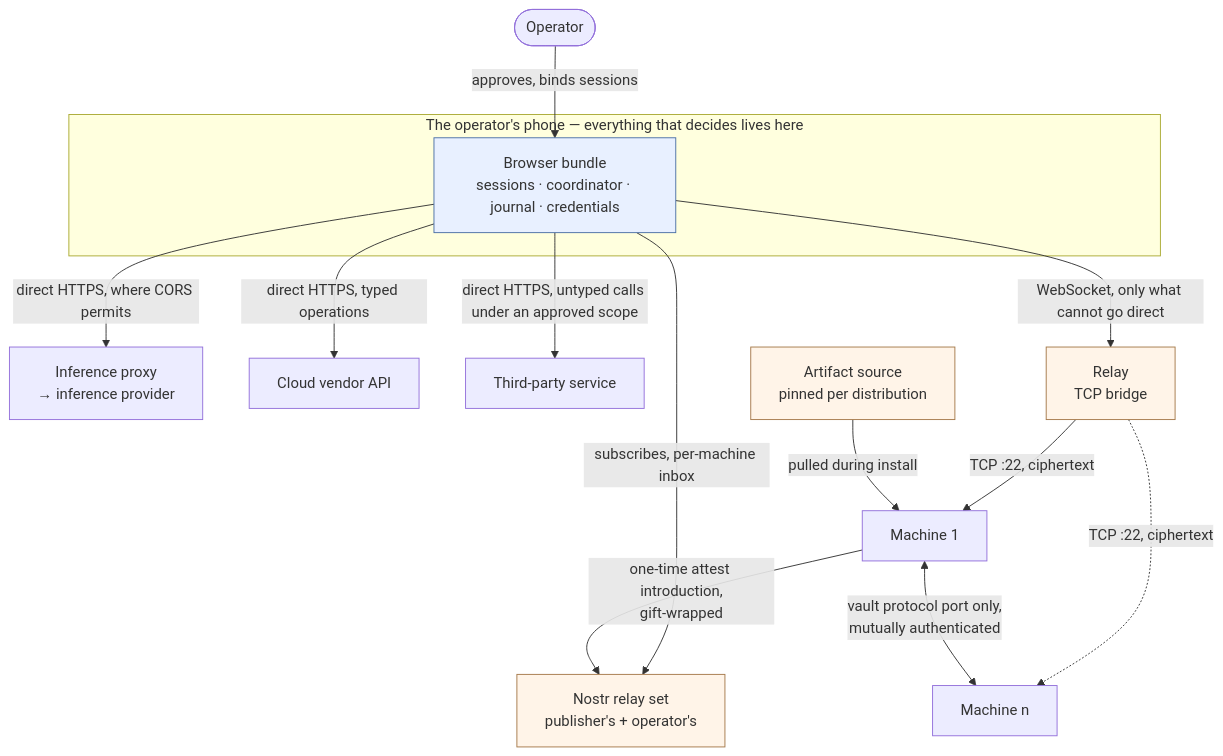
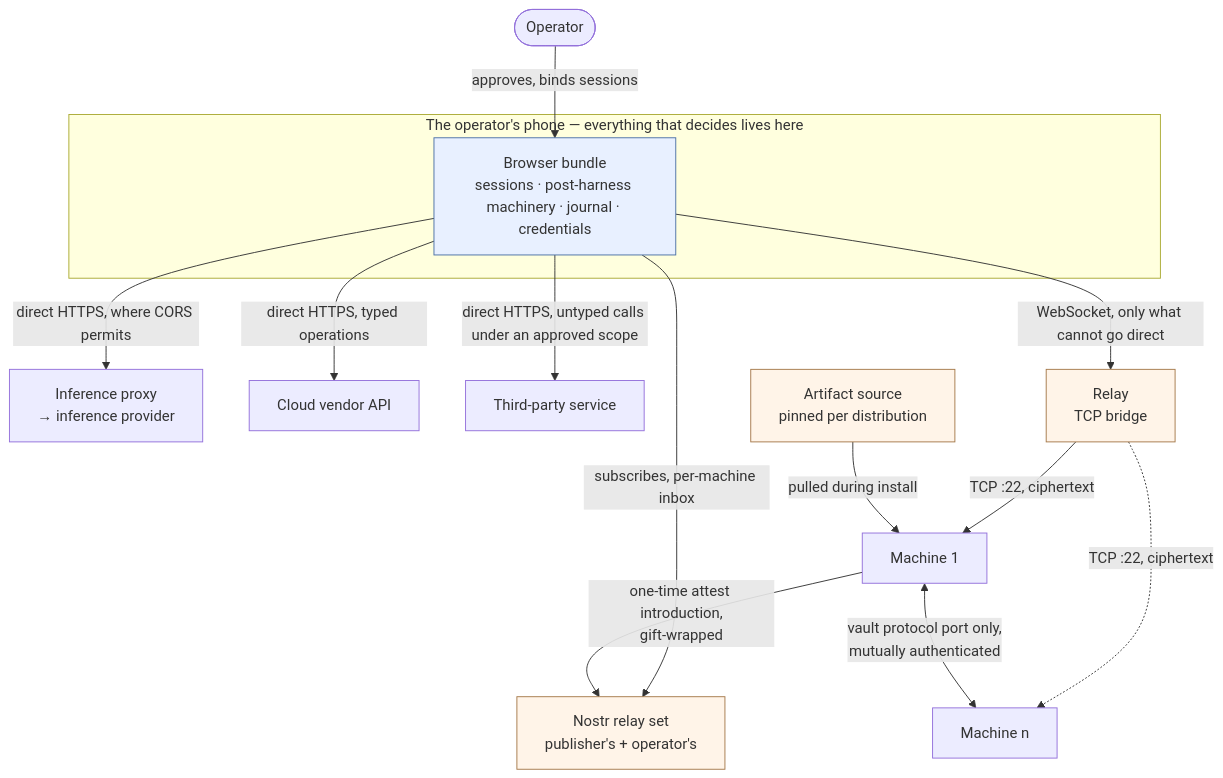
Before and after one commit to douglaz/tau-web-spec: the diagram in 00-overview.md, drawn with Mermaid. The commit also changed other lines of this file and 10 other files, not shown here.

````diff
--- a/00-overview.md
+++ b/00-overview.md
@@ -129,21 +129,21 @@
 ```mermaid
 flowchart TD
     OP([Operator]) -->|approves, binds sessions| BR
     subgraph PHONE["The operator's phone — everything that decides lives here"]
-        BR["Browser bundle<br/>sessions · coordinator · journal · credentials"]
+        BR["Browser bundle<br/>sessions · post-harness machinery · journal · credentials"]
     end
     BR -->|"direct HTTPS, where CORS permits"| INF["Inference proxy<br/>→ inference provider"]
     BR -->|"direct HTTPS, typed operations"| VND["Cloud vendor API"]
     BR -->|"direct HTTPS, untyped calls under an approved scope"| SVC["Third-party service"]
     BR -->|"WebSocket, only what cannot go direct"| RLY["Relay<br/>TCP bridge"]
     BR -->|"subscribes, per-machine inbox"| NR["Nostr relay set<br/>publisher's + operator's"]
     RLY -->|"TCP :22, ciphertext"| M1["Machine 1"]
     RLY -.->|"TCP :22, ciphertext"| M2["Machine n"]
     M1 -->|"one-time attest introduction,<br/>gift-wrapped"| NR
     M1 <-->|"vault protocol port only,<br/>mutually authenticated"| M2
     ART["Artifact source<br/>pinned per distribution"] -->|"pulled during install"| M1
     classDef trusted fill:#e8f0ff,stroke:#4a6fa5
     classDef untrusted fill:#fff4e8,stroke:#a5794a
     class BR trusted
     class RLY,NR,ART untrusted
 ```
````
